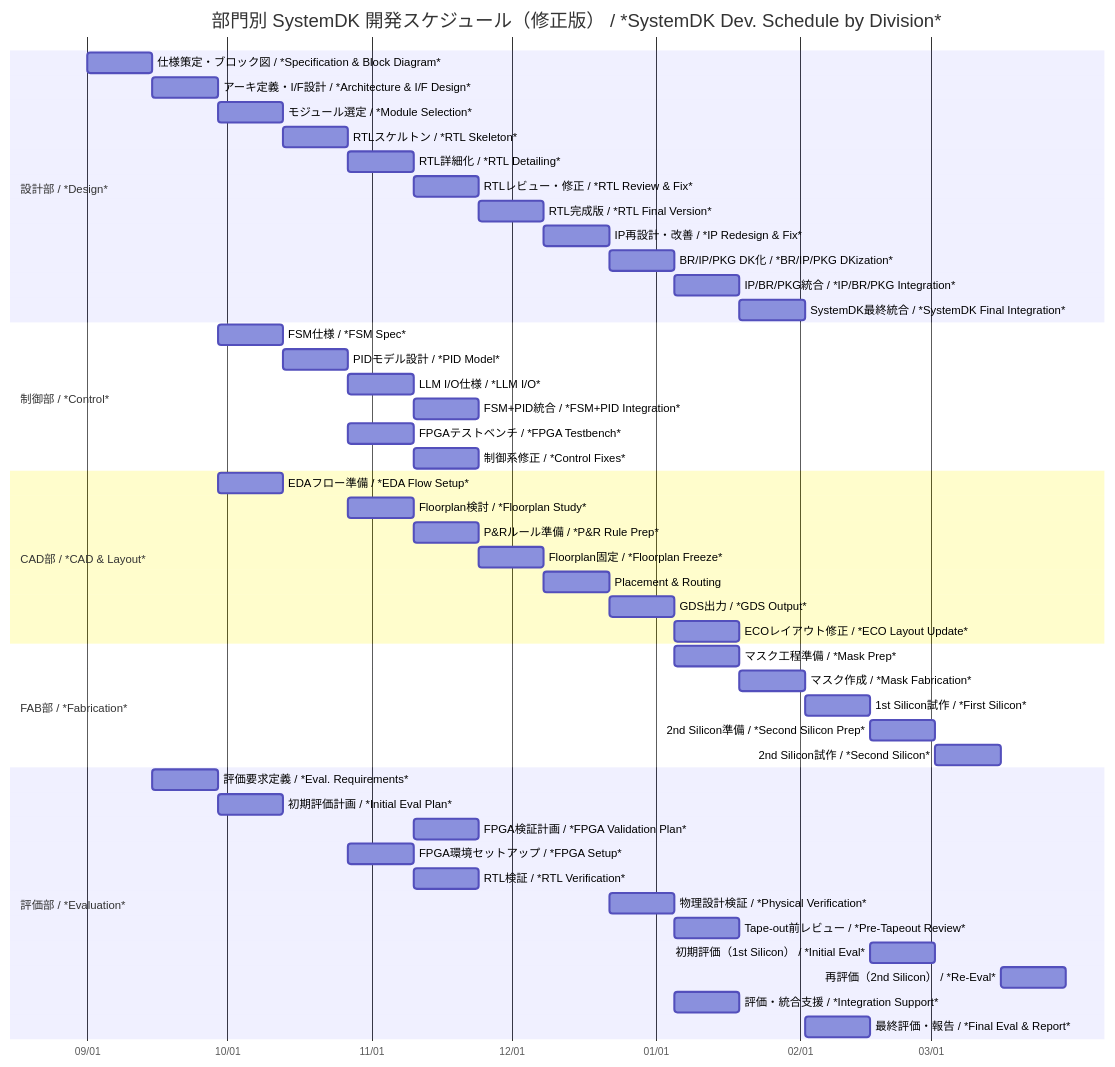
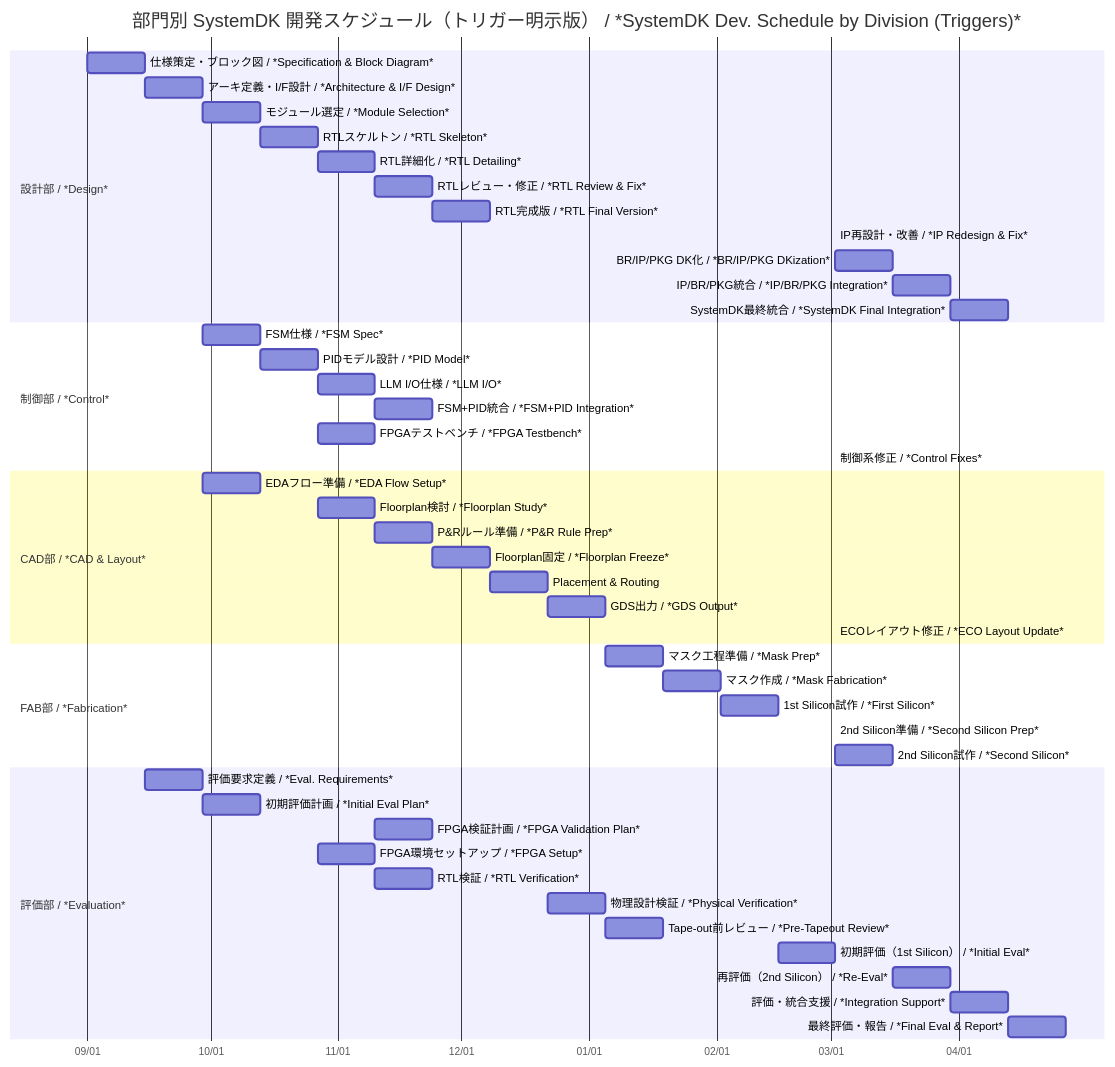
One commit to Samizo-AITL/Edusemi-v4x changed the diagram in f_chapter2a_systemdk/f2a_systemdk_schedule.md. Above: the diagram before and after it, drawn with Mermaid. The commit also changed other lines of this file, not shown here.

````diff
--- a/f_chapter2a_systemdk/f2a_systemdk_schedule.md
+++ b/f_chapter2a_systemdk/f2a_systemdk_schedule.md
@@ -51,57 +50,57 @@
 ```mermaid
 gantt
-    title 部門別 SystemDK 開発スケジュール（修正版） / *SystemDK Dev. Schedule by Division*
+    title 部門別 SystemDK 開発スケジュール（トリガー明示版） / *SystemDK Dev. Schedule by Division (Triggers)*
     dateFormat  YYYY-MM-DD
     axisFormat  %m/%d
     todayMarker stroke-width:2px,stroke:red,opacity:0.5
 
     section 設計部 / *Design*
     仕様策定・ブロック図 / *Specification & Block Diagram* :a1, 2025-09-01, 14d
     アーキ定義・I/F設計 / *Architecture & I/F Design*      :a2, after a1, 14d
     モジュール選定 / *Module Selection*                   :a3, after a2, 14d
     RTLスケルトン / *RTL Skeleton*                        :a4, after a3, 14d
     RTL詳細化 / *RTL Detailing*                           :a5, after a4, 14d
     RTLレビュー・修正 / *RTL Review & Fix*                :a6, after a5, 14d
     RTL完成版 / *RTL Final Version*                       :a7, after a6, 14d
-    IP再設計・改善 / *IP Redesign & Fix*                  :a8, after a7, 14d
+    IP再設計・改善 / *IP Redesign & Fix*                  :a8, after e8, 14d   %% 1st Eval 結果トリガー
     BR/IP/PKG DK化 / *BR/IP/PKG DKization*                :a9, after a8, 14d
     IP/BR/PKG統合 / *IP/BR/PKG Integration*               :a10, after a9, 14d
     SystemDK最終統合 / *SystemDK Final Integration*       :a11, after a10, 14d
 
     section 制御部 / *Control*
     FSM仕様 / *FSM Spec*                                  :b1, after a2, 14d
     PIDモデル設計 / *PID Model*                           :b2, after b1, 14d
     LLM I/O仕様 / *LLM I/O*                               :b3, after b2, 14d
     FSM+PID統合 / *FSM+PID Integration*                   :b4, after b3, 14d
     FPGAテストベンチ / *FPGA Testbench*                   :b5, after a4, 14d
-    制御系修正 / *Control Fixes*                          :b6, after b5, 14d
+    制御系修正 / *Control Fixes*                          :b6, after e8, 14d   %% 1st Eval 結果トリガー
 
     section CAD部 / *CAD & Layout*
     EDAフロー準備 / *EDA Flow Setup*                      :c1, after a2, 14d
     Floorplan検討 / *Floorplan Study*                     :c2, after a4, 14d
     P&Rルール準備 / *P&R Rule Prep*                       :c3, after c2, 14d
     Floorplan固定 / *Floorplan Freeze*                    :c4, after c3, 14d
-    Placement & Routing                                   :c5, after c4, 14d
+    Placement & Routing                                   :c5, after a7, 14d
     GDS出力 / *GDS Output*                                :c6, after c5, 14d
-    ECOレイアウト修正 / *ECO Layout Update*               :c7, after c6, 14d
+    ECOレイアウト修正 / *ECO Layout Update*               :c7, after e8, 14d   %% 1st Eval 結果トリガー
 
     section FAB部 / *Fabrication*
     マスク工程準備 / *Mask Prep*                          :d1, after c6, 14d
     マスク作成 / *Mask Fabrication*                       :d2, after d1, 14d
     1st Silicon試作 / *First Silicon*                     :d3, after d2, 14d
-    2nd Silicon準備 / *Second Silicon Prep*               :d4, after d3, 14d
+    2nd Silicon準備 / *Second Silicon Prep*               :d4, after a8, 14d   %% 修正版設計トリガー
     2nd Silicon試作 / *Second Silicon*                    :d5, after d4, 14d
 
     section 評価部 / *Evaluation*
     評価要求定義 / *Eval. Requirements*                   :e1, after a1, 14d
     初期評価計画 / *Initial Eval Plan*                    :e2, after e1, 14d
     FPGA検証計画 / *FPGA Validation Plan*                 :e3, after b3, 14d
     FPGA環境セットアップ / *FPGA Setup*                   :e4, after a4, 14d
     RTL検証 / *RTL Verification*                          :e5, after a5, 14d
     物理設計検証 / *Physical Verification*                :e6, after c5, 14d
     Tape-out前レビュー / *Pre-Tapeout Review*             :e7, after c6, 14d
     初期評価（1st Silicon） / *Initial Eval*              :e8, after d3, 14d
     再評価（2nd Silicon） / *Re-Eval*                     :e9, after d5, 14d
-    評価・統合支援 / *Integration Support*                :e10, after a9, 14d
-    最終評価・報告 / *Final Eval & Report*                :e11, after a11, 14d
+    評価・統合支援 / *Integration Support*                :e10, after e9, 14d
+    最終評価・報告 / *Final Eval & Report*                :e11, after e10, 14d
 ```
````
